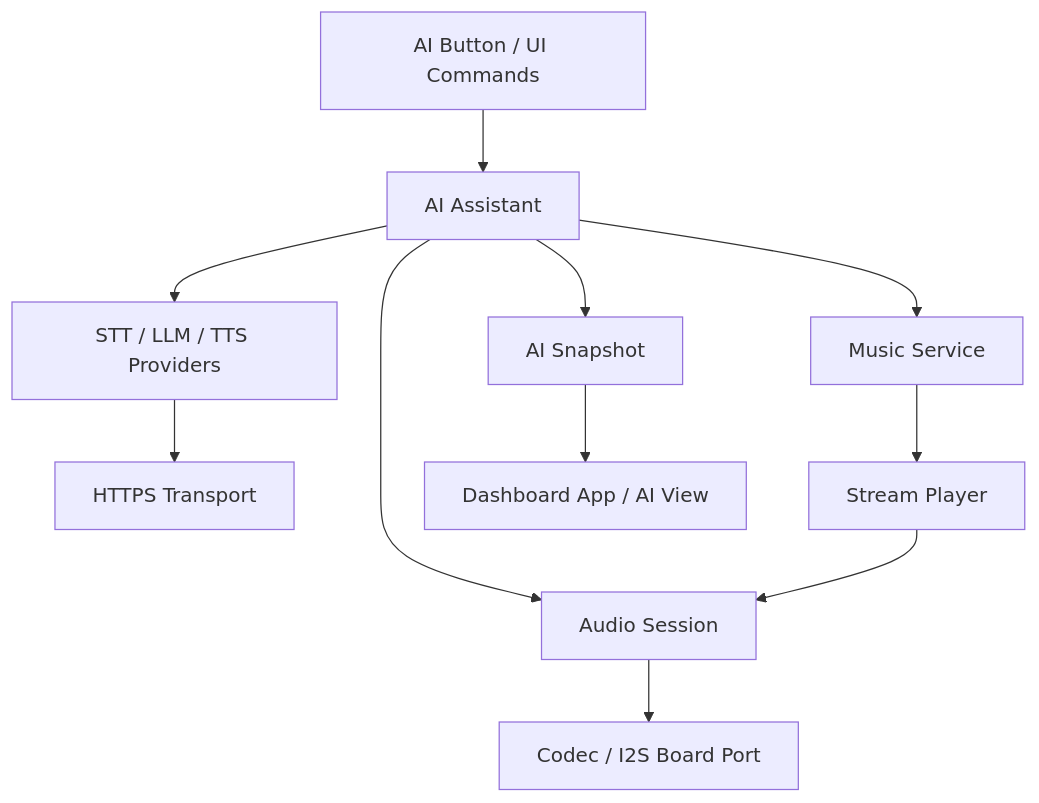
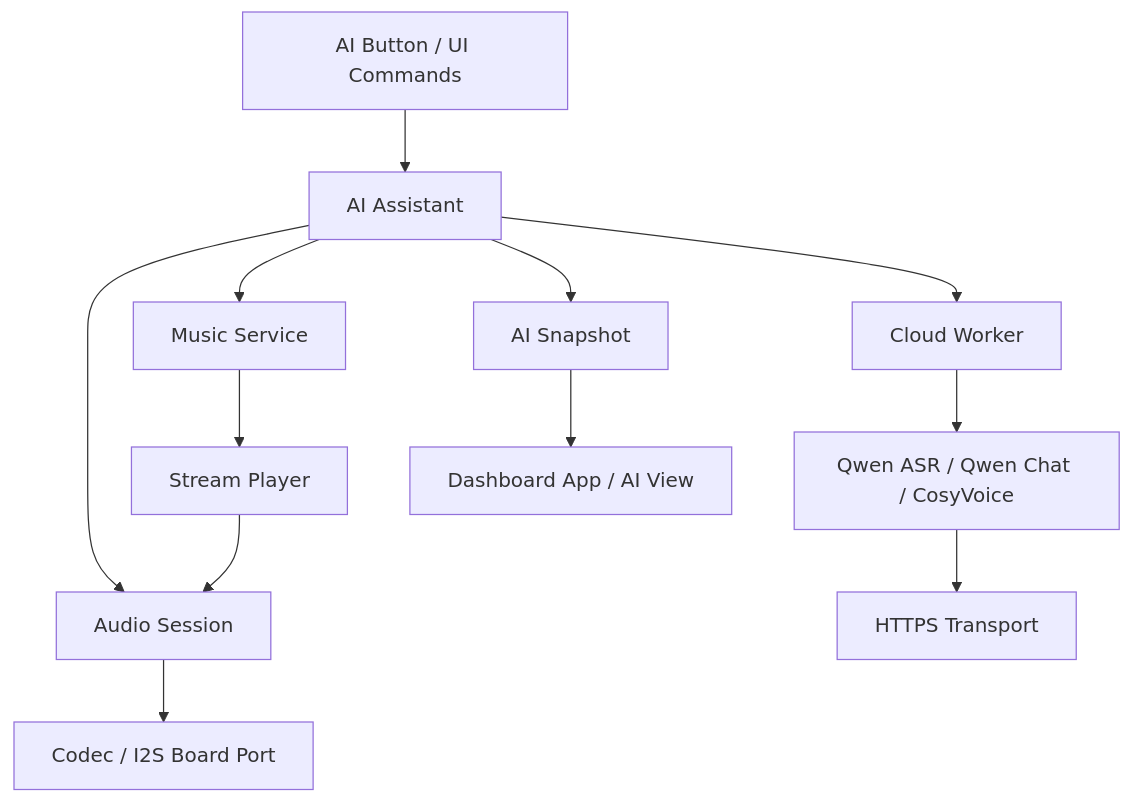
Before and after one commit to Yangth1993/BikeMB: the diagram in docs/architecture/modules.md, drawn with Mermaid. The commit also changed other lines of this file and 12 other files, not shown here.

````diff
--- a/docs/architecture/modules.md
+++ b/docs/architecture/modules.md
@@ -112,13 +112,14 @@
 ```mermaid
 flowchart TD
   Input["AI Button / UI Commands"] --> Assistant["AI Assistant"]
-  Assistant --> Providers["STT / LLM / TTS Providers"]
+  Assistant --> Worker["Cloud Worker"]
+  Worker --> Providers["Qwen ASR / Qwen Chat / CosyVoice"]
   Assistant --> Music["Music Service"]
   Assistant --> Audio["Audio Session"]
   Providers --> Transport["HTTPS Transport"]
   Music --> Player["Stream Player"]
   Player --> Audio
   Audio --> Board["Codec / I2S Board Port"]
   Assistant --> Snapshot["AI Snapshot"]
   Snapshot --> Dashboard["Dashboard App / AI View"]
 ```
````
